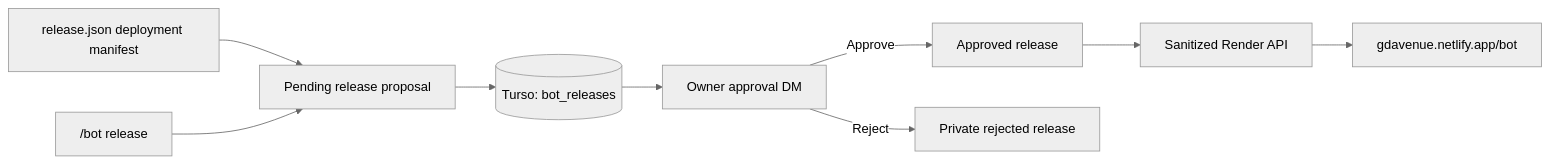
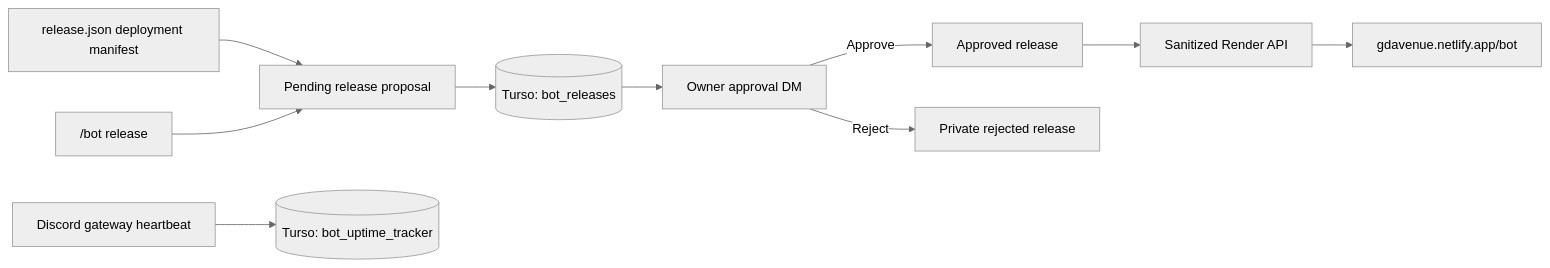
The diagram in docs/BOT_STATUS_RELEASE_SYSTEM.md (Rroix/avenue-guard-gd-avenue), drawn with Mermaid (neutral theme) before and after one commit. The commit also changed other lines of this file and 14 other files, not shown here.

````diff
--- a/docs/BOT_STATUS_RELEASE_SYSTEM.md
+++ b/docs/BOT_STATUS_RELEASE_SYSTEM.md
@@ -16,11 +16,12 @@
 ```mermaid
 flowchart LR
     M["release.json deployment manifest"] --> P["Pending release proposal"]
     C["/bot release"] --> P
     P --> T[("Turso: bot_releases")]
+    G["Discord gateway heartbeat"] --> U[("Turso: bot_uptime_tracker")]
     T --> D["Owner approval DM"]
     D -->|Approve| A["Approved release"]
     D -->|Reject| R["Private rejected release"]
     A --> S["Sanitized Render API"]
     S --> W["gdavenue.netlify.app/bot"]
 ```
````
